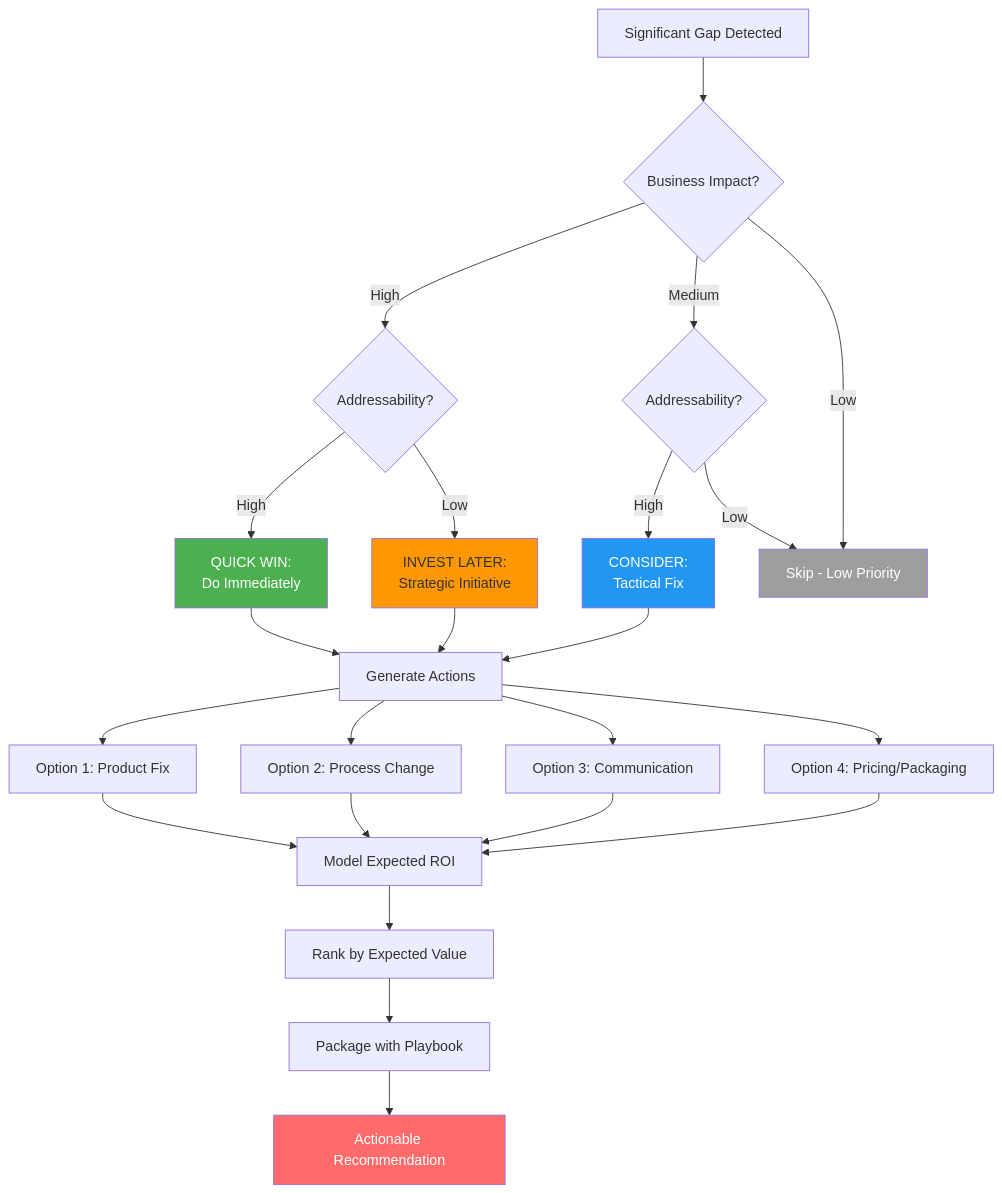
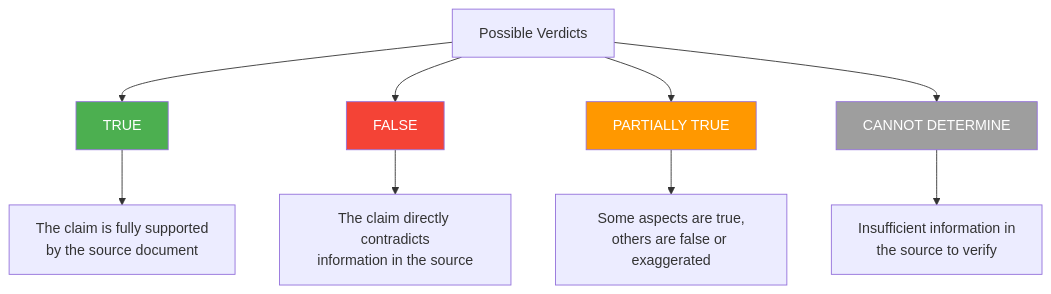
Before and after one commit to Krish-Om/contradiction-detection-system: the tenth of 20 diagrams in docs/01_conceptual_framework.md, drawn with Mermaid. The commit also changed other lines of this file and 5 other files, not shown here.

````diff
--- a/docs/01_conceptual_framework.md
+++ b/docs/01_conceptual_framework.md
@@ -286,34 +330,17 @@
 ```mermaid
-flowchart TD
-    Start[Significant Gap Detected] --> Q1{Business Impact?}
-    
-    Q1 -->|High| Q2H{Addressability?}
-    Q1 -->|Medium| Q2M{Addressability?}
-    Q1 -->|Low| Skip[Skip - Low Priority]
-    
-    Q2H -->|High| QW[QUICK WIN:<br/>Do Immediately]
-    Q2H -->|Low| IL[INVEST LATER:<br/>Strategic Initiative]
-    
-    Q2M -->|High| Con[CONSIDER:<br/>Tactical Fix]
-    Q2M -->|Low| Skip
-    
-    QW --> Gen[Generate Actions]
-    IL --> Gen
-    Con --> Gen
-    
-    Gen --> G1[Option 1: Product Fix]
-    Gen --> G2[Option 2: Process Change]
-    Gen --> G3[Option 3: Communication]
-    Gen --> G4[Option 4: Pricing/Packaging]
-    
-    G1 & G2 & G3 & G4 --> Model[Model Expected ROI]
-    Model --> Rank[Rank by Expected Value]
-    Rank --> Pack[Package with Playbook]
-    Pack --> Output[Actionable Recommendation]
-    
-    style QW fill:#4caf50,color:#fff
-    style IL fill:#ff9800
-    style Con fill:#2196f3,color:#fff
-    style Skip fill:#9e9e9e,color:#fff
-    style Output fill:#ff6b6b,color:#fff
+graph TB
+    Verdicts[Possible Verdicts] --> TRUE
+    Verdicts --> FALSE
+    Verdicts --> PARTIAL[PARTIALLY TRUE]
+    Verdicts --> CANNOT[CANNOT DETERMINE]
+
+    TRUE --> T1["The claim is fully supported<br/>by the source document"]
+    FALSE --> F1["The claim directly contradicts<br/>information in the source"]
+    PARTIAL --> P1["Some aspects are true,<br/>others are false or exaggerated"]
+    CANNOT --> C1["Insufficient information in<br/>the source to verify"]
+
+    style TRUE fill:#4caf50,color:#fff
+    style FALSE fill:#f44336,color:#fff
+    style PARTIAL fill:#ff9800,color:#fff
+    style CANNOT fill:#9e9e9e,color:#fff
 ```
````
